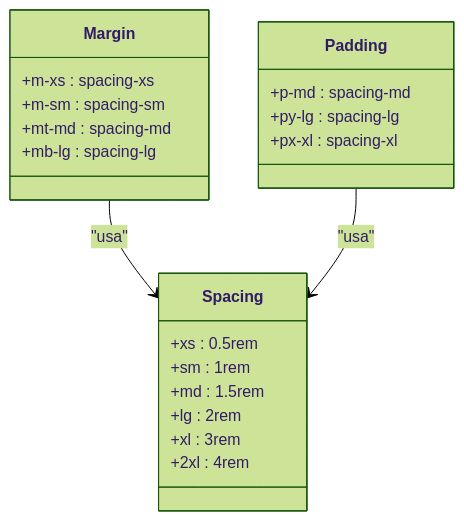
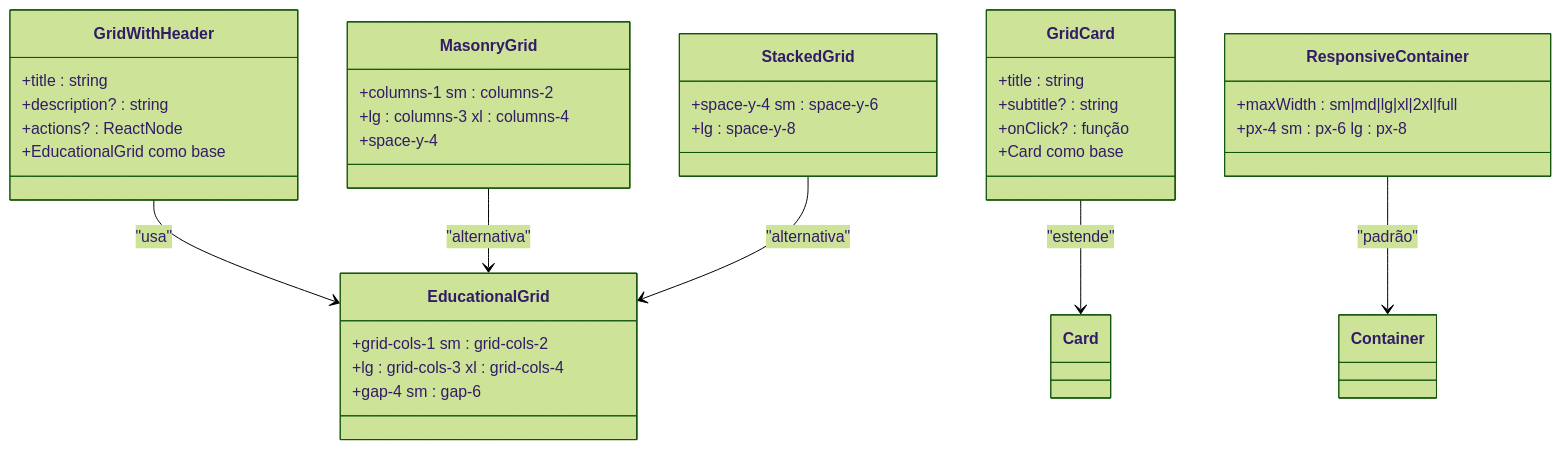
The seventh of 11 diagrams in .qoder/repowiki/pt/content/Arquitetura de Componentes/Exemplos de Uso.md (jordansmedeiros/virtuquest), drawn with Mermaid (forest theme) before and after one commit. The commit also changed other lines of this file and 32 other files, not shown here.

````diff
--- a/.qoder/repowiki/pt/content/Arquitetura de Componentes/Exemplos de Uso.md
+++ b/.qoder/repowiki/pt/content/Arquitetura de Componentes/Exemplos de Uso.md
@@ -216,24 +192,38 @@
 ```mermaid
 classDiagram
-class Spacing {
-+xs : 0.5rem
-+sm : 1rem
-+md : 1.5rem
-+lg : 2rem
-+xl : 3rem
-+2xl : 4rem
+class EducationalGrid {
++grid-cols-1 sm : grid-cols-2
++lg : grid-cols-3 xl : grid-cols-4
++gap-4 sm : gap-6
 }
-class Margin {
-+m-xs : spacing-xs
-+m-sm : spacing-sm
-+mt-md : spacing-md
-+mb-lg : spacing-lg
+class GridWithHeader {
++title : string
++description? : string
++actions? : ReactNode
++EducationalGrid como base
 }
-class Padding {
-+p-md : spacing-md
-+py-lg : spacing-lg
-+px-xl : spacing-xl
+class MasonryGrid {
++columns-1 sm : columns-2
++lg : columns-3 xl : columns-4
++space-y-4
 }
-Margin --> Spacing : "usa"
-Padding --> Spacing : "usa"
+class StackedGrid {
++space-y-4 sm : space-y-6
++lg : space-y-8
+}
+class GridCard {
++title : string
++subtitle? : string
++onClick? : função
++Card como base
+}
+class ResponsiveContainer {
++maxWidth : sm|md|lg|xl|2xl|full
++px-4 sm : px-6 lg : px-8
+}
+GridWithHeader --> EducationalGrid : "usa"
+MasonryGrid --> EducationalGrid : "alternativa"
+StackedGrid --> EducationalGrid : "alternativa"
+GridCard --> Card : "estende"
+ResponsiveContainer --> Container : "padrão"
 ```
````
